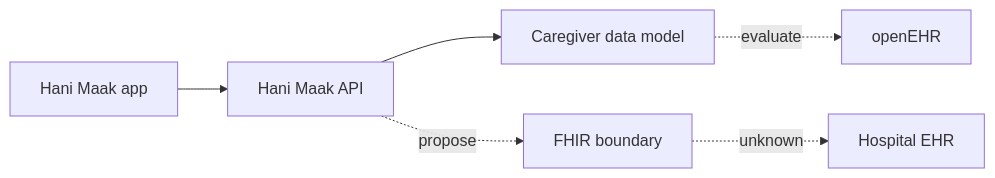
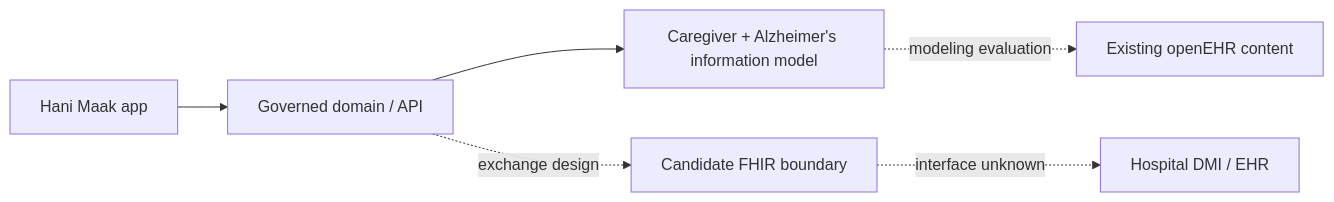
One commit to Ahmed-Braiek/hani-maak changed the second of 3 diagrams in docs/interoperability/ACTION_PLAN_v0.1.md. Above: the diagram before and after it, drawn with Mermaid. The commit also changed other lines of this file, not shown here.

````diff
--- a/docs/interoperability/ACTION_PLAN_v0.1.md
+++ b/docs/interoperability/ACTION_PLAN_v0.1.md
@@ -38,8 +136,8 @@
-```mermaid
+~~~mermaid
 flowchart LR
-  App[Hani Maak app] --> API[Hani Maak API]
-  API --> Model[Caregiver data model]
-  Model -. evaluate .-> OE[openEHR]
-  API -. propose .-> FHIR[FHIR boundary]
-  FHIR -. unknown .-> Hospital[Hospital EHR]
-```
+  App["Hani Maak app"] --> Domain["Governed domain / API"]
+  Domain --> Model["Caregiver + Alzheimer's information model"]
+  Model -. "modeling evaluation" .-> OE["Existing openEHR content"]
+  Domain -. "exchange design" .-> FHIR["Candidate FHIR boundary"]
+  FHIR -. "interface unknown" .-> EHR["Hospital DMI / EHR"]
+~~~
````
